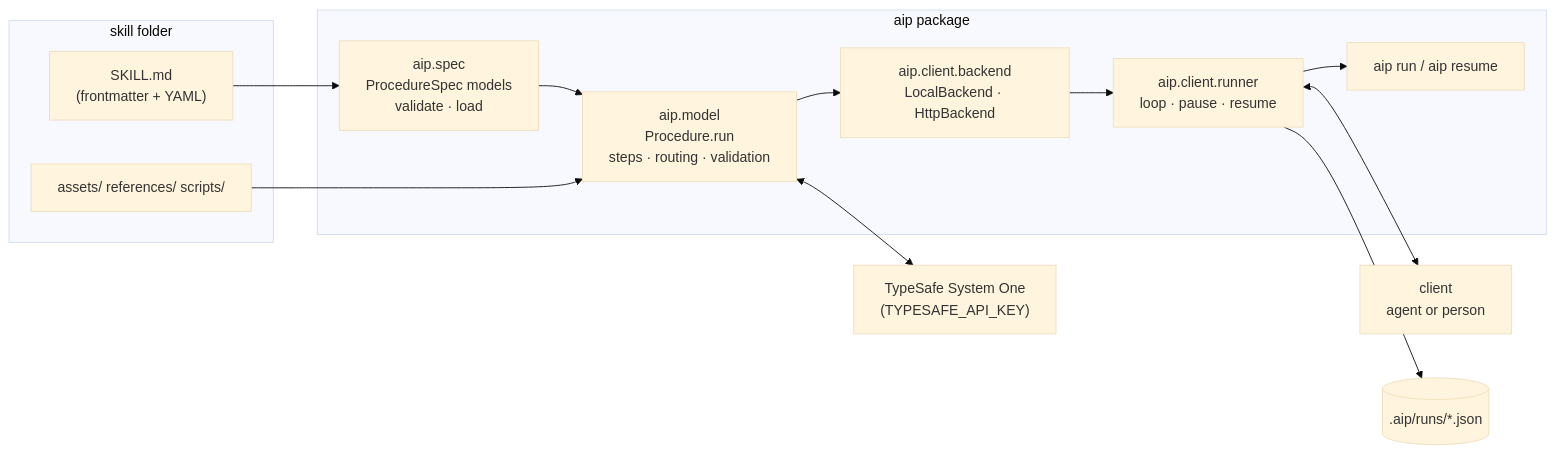
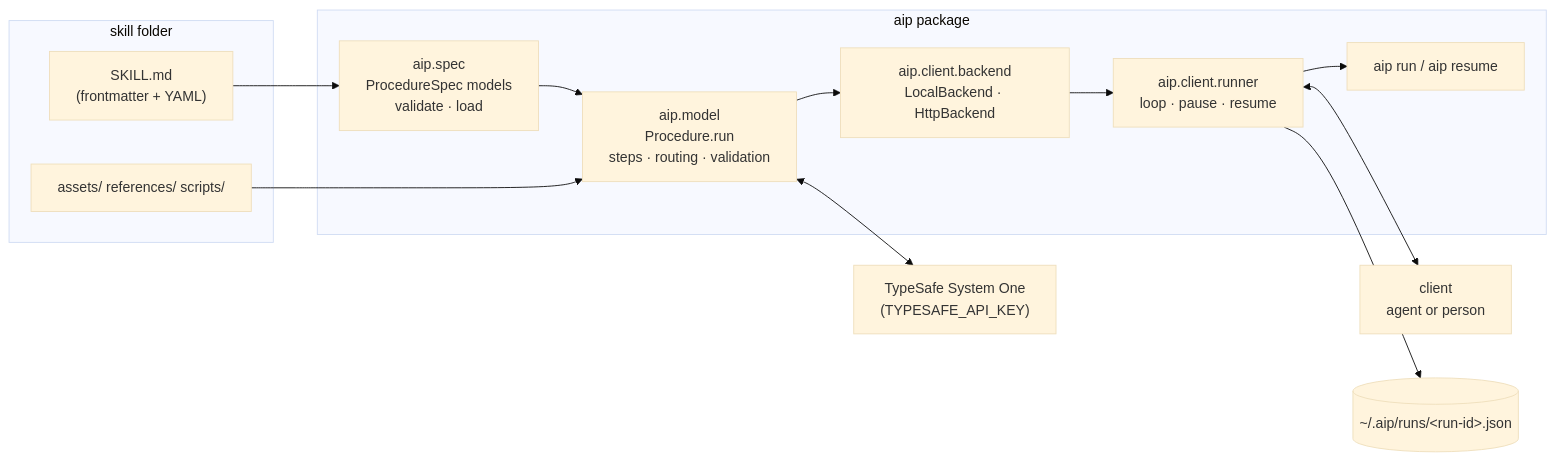
One commit to zach-blumenfeld/aip changed the diagram in docs/running.md. Above: the diagram before and after it, drawn with Mermaid (base theme). The commit also changed other lines of this file and 12 other files, not shown here.

````diff
--- a/docs/running.md
+++ b/docs/running.md
@@ -7,24 +7,24 @@
 ```mermaid
 flowchart LR
     subgraph skill["skill folder"]
         md["SKILL.md<br/>(frontmatter + YAML)"]
         res["assets/ references/ scripts/"]
     end
     subgraph aip["aip package"]
         spec["aip.spec<br/>ProcedureSpec models<br/>validate · load"]
         model["aip.model<br/>Procedure.run<br/>steps · routing · validation"]
         backend["aip.client.backend<br/>LocalBackend · HttpBackend"]
         runner["aip.client.runner<br/>loop · pause · resume"]
         cli["aip run / aip resume"]
     end
     jev["TypeSafe System One<br/>(TYPESAFE_API_KEY)"]
     client["client<br/>agent or person"]
-    runfile[(".aip/runs/*.json")]
+    runfile[("~/.aip/runs/&lt;run-id&gt;.json")]
 
     md --> spec --> model
     res --> model
     model <--> jev
     model --> backend --> runner --> cli
     runner <--> client
     runner --> runfile
 ```
````
